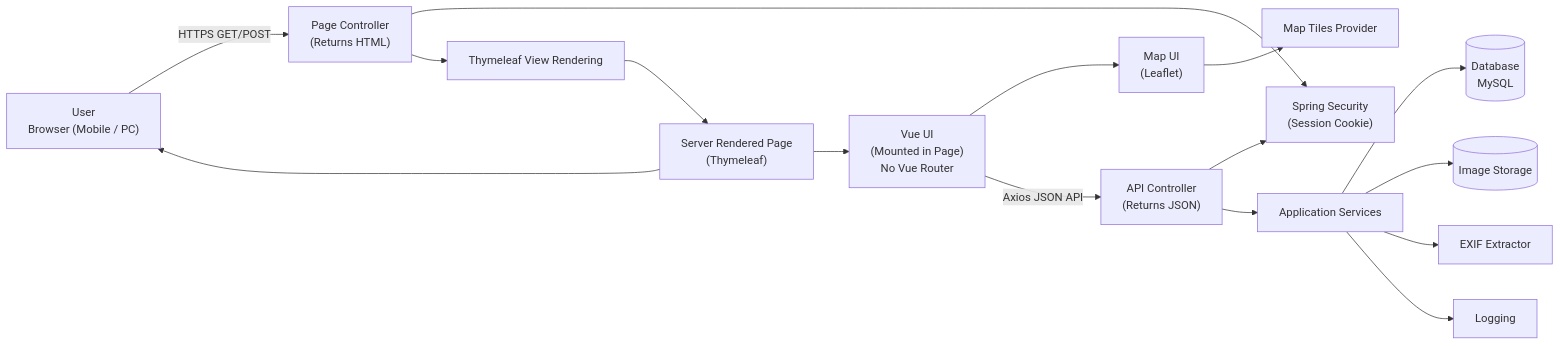
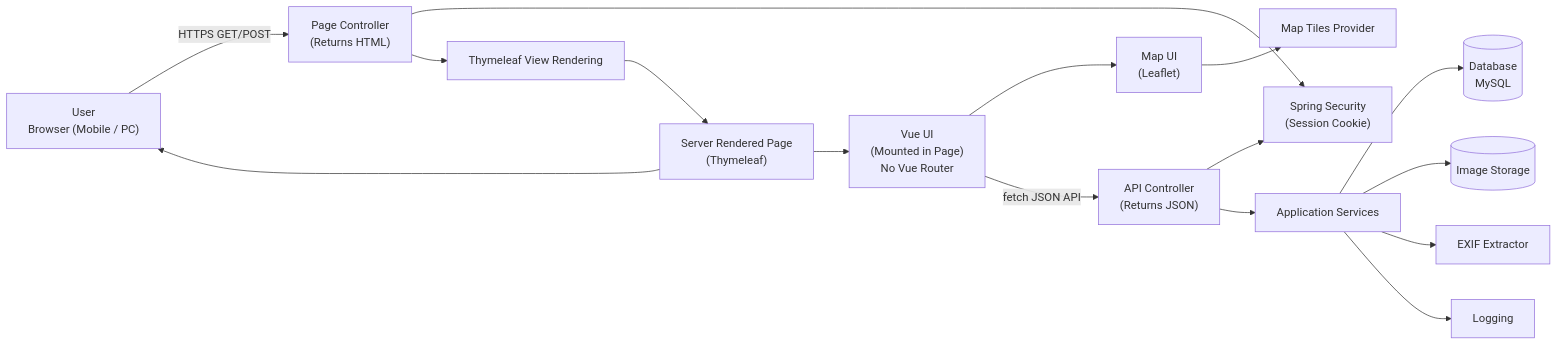
Before and after one commit to i-432kg/footprint-docs: the first of 2 diagrams in 02_architecture.md, drawn with Mermaid. The commit also changed 7 other files, not shown here.

````diff
--- a/02_architecture.md
+++ b/02_architecture.md
@@ -3,63 +3,63 @@
 ```mermaid
     flowchart LR
 
 %% =====================
 %% User
 %% =====================
     U["User<br/>Browser (Mobile / PC)"]
 
 %% =====================
 %% Frontend
 %% =====================
     PAGE["Server Rendered Page<br/>(Thymeleaf)"]
     VUE["Vue UI<br/>(Mounted in Page)<br/>No Vue Router"]
     MAP["Map UI<br/>(Leaflet)"]
     TILES[Map Tiles Provider]
 
 %% =====================
 %% Backend - Controllers separated
 %% =====================
     CTRL_PAGE["Page Controller<br/>(Returns HTML)"]
     VIEW[Thymeleaf View Rendering]
 
     CTRL_API["API Controller<br/>(Returns JSON)"]
 
     SEC["Spring Security<br/>(Session Cookie)"]
     SVC[Application Services]
     EXIF[EXIF Extractor]
     LOG[Logging]
 
     DB[(Database<br/>MySQL)]
     IMG[(Image Storage)]
 
 %% =====================
 %% Page Navigation (MPA)
 %% =====================
     U -->|HTTPS GET/POST| CTRL_PAGE
     CTRL_PAGE --> SEC
     CTRL_PAGE --> VIEW
     VIEW --> PAGE
     PAGE --> U
 
 %% =====================
 %% Vue mounted inside page
 %% =====================
     PAGE --> VUE
     VUE --> MAP
     MAP --> TILES
 
 %% =====================
 %% API calls from Vue
 %% =====================
-    VUE -->|Axios JSON API| CTRL_API
+    VUE -->|fetch JSON API| CTRL_API
     CTRL_API --> SEC
     CTRL_API --> SVC
 
 %% =====================
 %% Backend internal flow
 %% =====================
     SVC --> DB
     SVC --> IMG
     SVC --> EXIF
     SVC --> LOG
 ```
````
